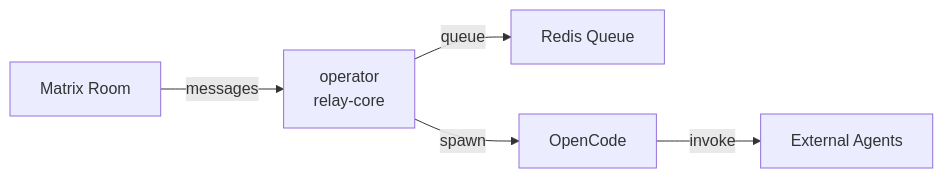
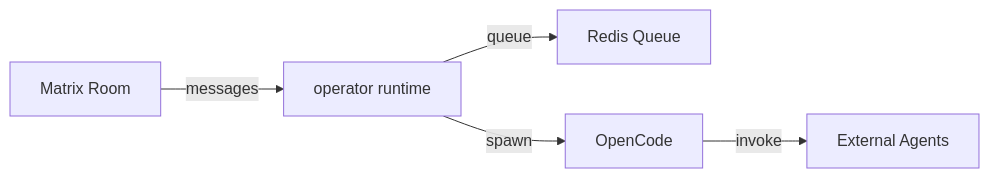
Before and after one commit to AngeloR/operator: the diagram in README.md, drawn with Mermaid. The commit also changed other lines of this file and 5 other files, not shown here.

First line of the commit message:
docs(#5): normalize operator naming in docs and runtime output (#20)

````diff
--- a/README.md
+++ b/README.md
@@ -22,8 +22,8 @@
 ```mermaid
 flowchart LR
-    A[Matrix Room] -->|messages| B[operator<br/>relay-core]
+    A[Matrix Room] -->|messages| B[operator runtime]
     B -->|queue| C[Redis Queue]
     B -->|spawn| D[OpenCode]
     
     D -->|invoke| E[External Agents]
 ```
````
